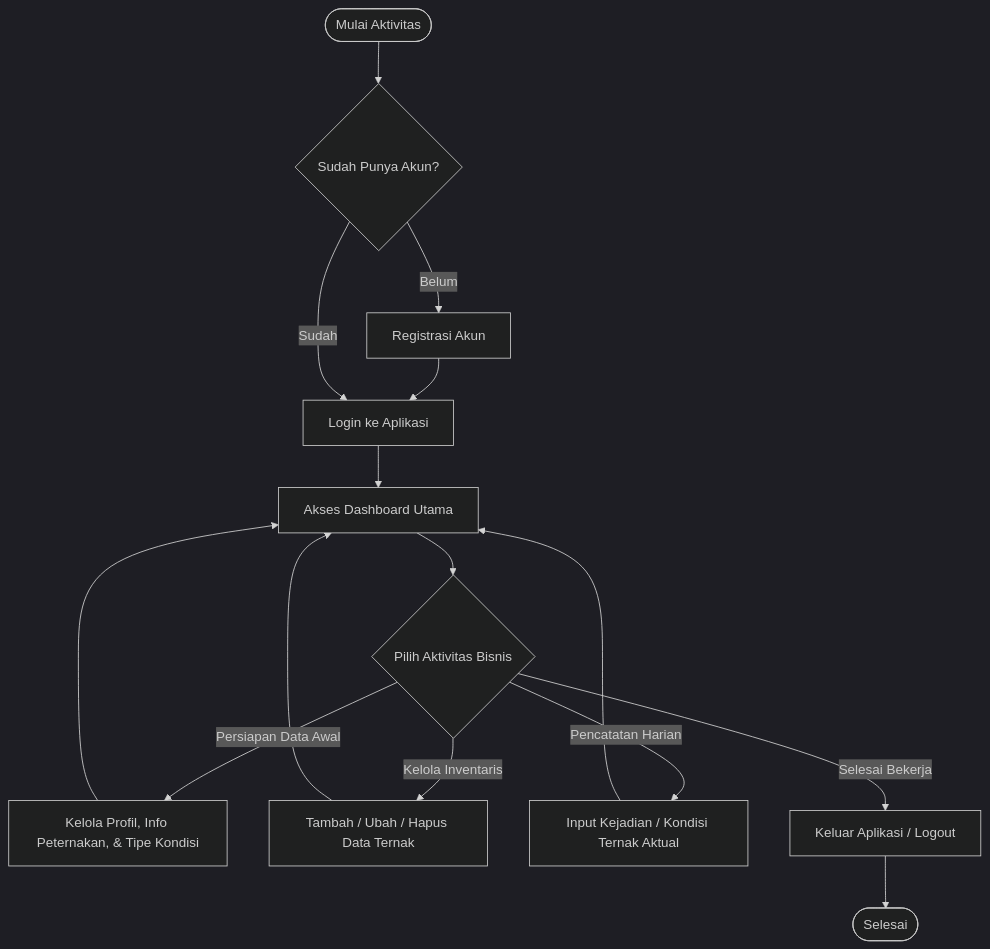
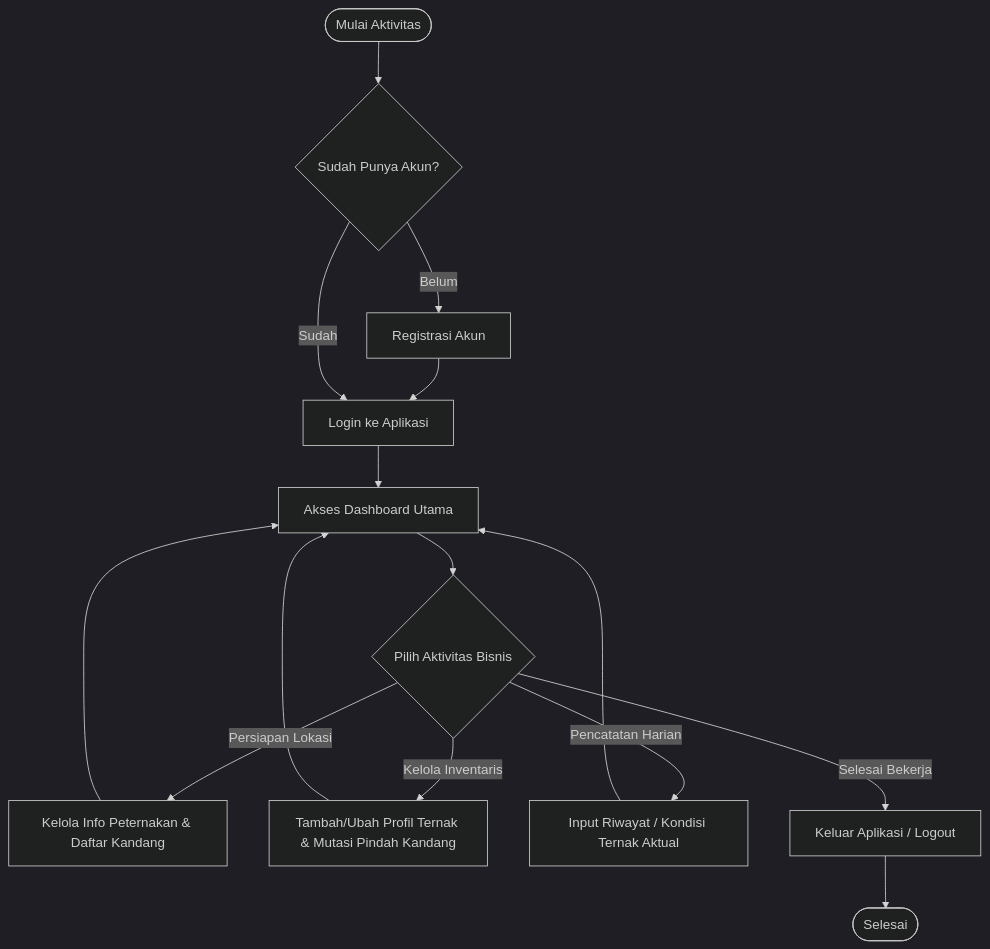
Before and after one commit to ahmadsubhand/TernakKu-IPB: the second of 2 diagrams in backend/README.md, drawn with Mermaid (dark theme). The commit also changed other lines of this file and 1 other file, not shown here.

Commit message:
feat(docs): update erd and readme for new features

````diff
--- a/backend/README.md
+++ b/backend/README.md
@@ -89,30 +95,30 @@
 ```mermaid
 flowchart TD
     Start([Mulai Aktivitas]) --> CekAkun{Sudah Punya Akun?}
     
     CekAkun -- Belum --> Registrasi[Registrasi Akun]
     Registrasi --> Login
     CekAkun -- Sudah --> Login[Login ke Aplikasi]
     
     Login --> Dashboard[Akses Dashboard Utama]
     
     Dashboard --> Pilihan{Pilih Aktivitas Bisnis}
     
-    %% Cabang 1: Pengaturan Master Data
-    Pilihan -->|Persiapan Data Awal| Master[Kelola Profil, Info Peternakan, & Tipe Kondisi]
+    %% Cabang 1: Pengaturan Tempat
+    Pilihan -->|Persiapan Lokasi| Master[Kelola Info Peternakan & Daftar Kandang]
     
-    %% Cabang 2: Manajemen Inventaris Ternak
-    Pilihan -->|Kelola Inventaris| Ternak[Tambah / Ubah / Hapus Data Ternak]
+    %% Cabang 2: Manajemen Inventaris & Mutasi
+    Pilihan -->|Kelola Inventaris| Ternak[Tambah/Ubah Profil Ternak & Mutasi Pindah Kandang]
     
     %% Cabang 3: Operasional Harian
-    Pilihan -->|Pencatatan Harian| Riwayat[Input Kejadian / Kondisi Ternak Aktual]
+    Pilihan -->|Pencatatan Harian| Riwayat[Input Riwayat / Kondisi Ternak Aktual]
     
     %% Kembali ke pusat aktivitas
     Master --> Dashboard
     Ternak --> Dashboard
     Riwayat --> Dashboard
     
     %% Selesai
     Pilihan -->|Selesai Bekerja| Logout[Keluar Aplikasi / Logout]
     Logout --> Finish([Selesai])
 ```
````
